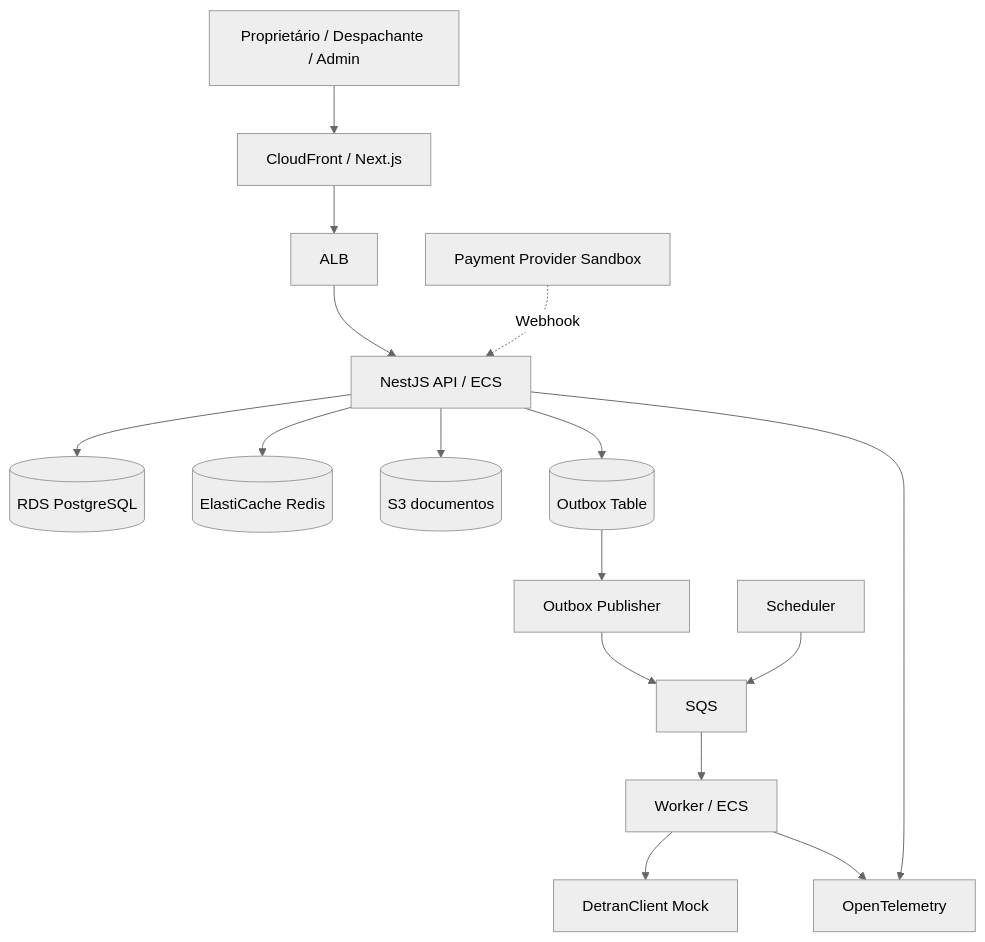
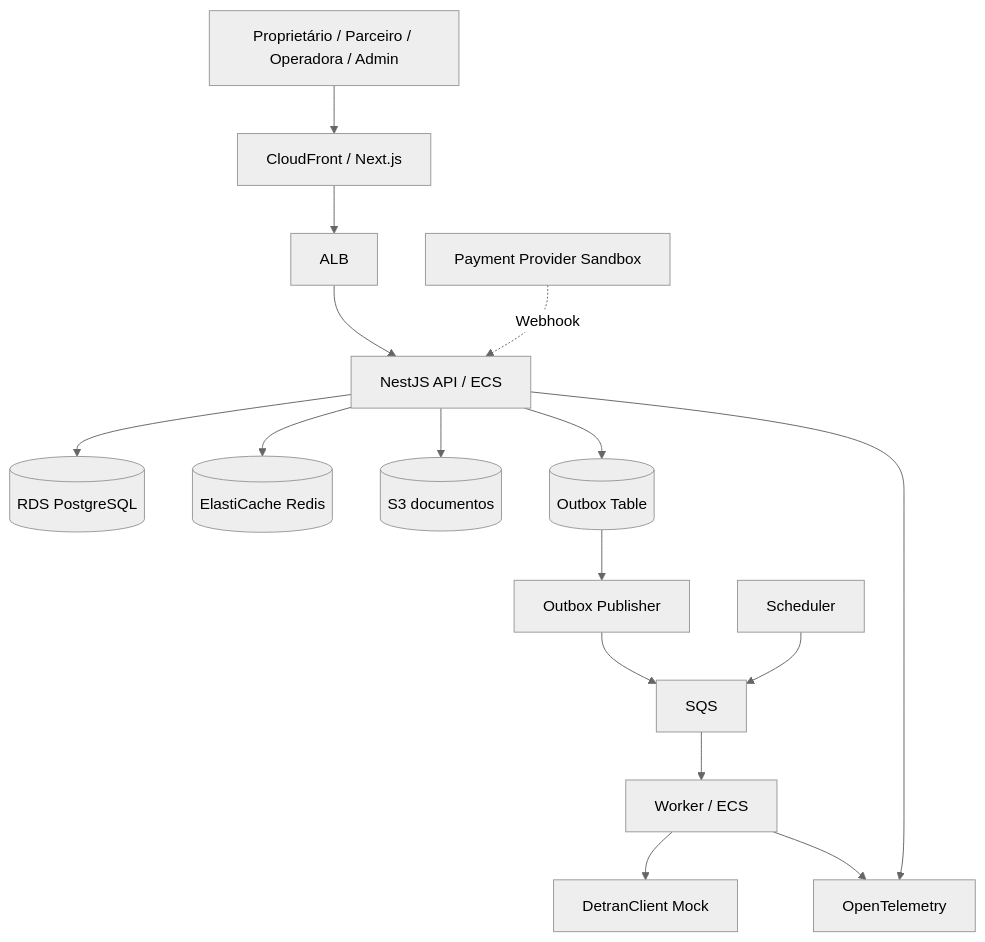
The first of 2 diagrams in docs/engineering/ARCHITECTURE.md (fernandaquerino/emr-despachante), drawn with Mermaid (neutral theme) before and after one commit. The commit also changed other lines of this file and 30 other files, not shown here.

````diff
--- a/docs/engineering/ARCHITECTURE.md
+++ b/docs/engineering/ARCHITECTURE.md
@@ -5,23 +5,23 @@
 ```mermaid
 flowchart TD
-    U[Proprietário / Despachante / Admin] --> CF[CloudFront / Next.js]
+    U[Proprietário / Parceiro / Operadora / Admin] --> CF[CloudFront / Next.js]
     CF --> ALB[ALB]
     ALB --> API[NestJS API / ECS]
 
     API --> RDS[(RDS PostgreSQL)]
     API --> REDIS[(ElastiCache Redis)]
     API --> S3[(S3 documentos)]
     API --> OUTBOX[(Outbox Table)]
 
     PAY[Payment Provider Sandbox] -. Webhook .-> API
 
     OUTBOX --> PUB[Outbox Publisher]
     PUB --> SQS[SQS]
     SQS --> WORKER[Worker / ECS]
 
     WORKER --> DETRAN[DetranClient Mock]
     SCHED[Scheduler] --> SQS
 
     API --> OTEL[OpenTelemetry]
     WORKER --> OTEL
 ```
````
